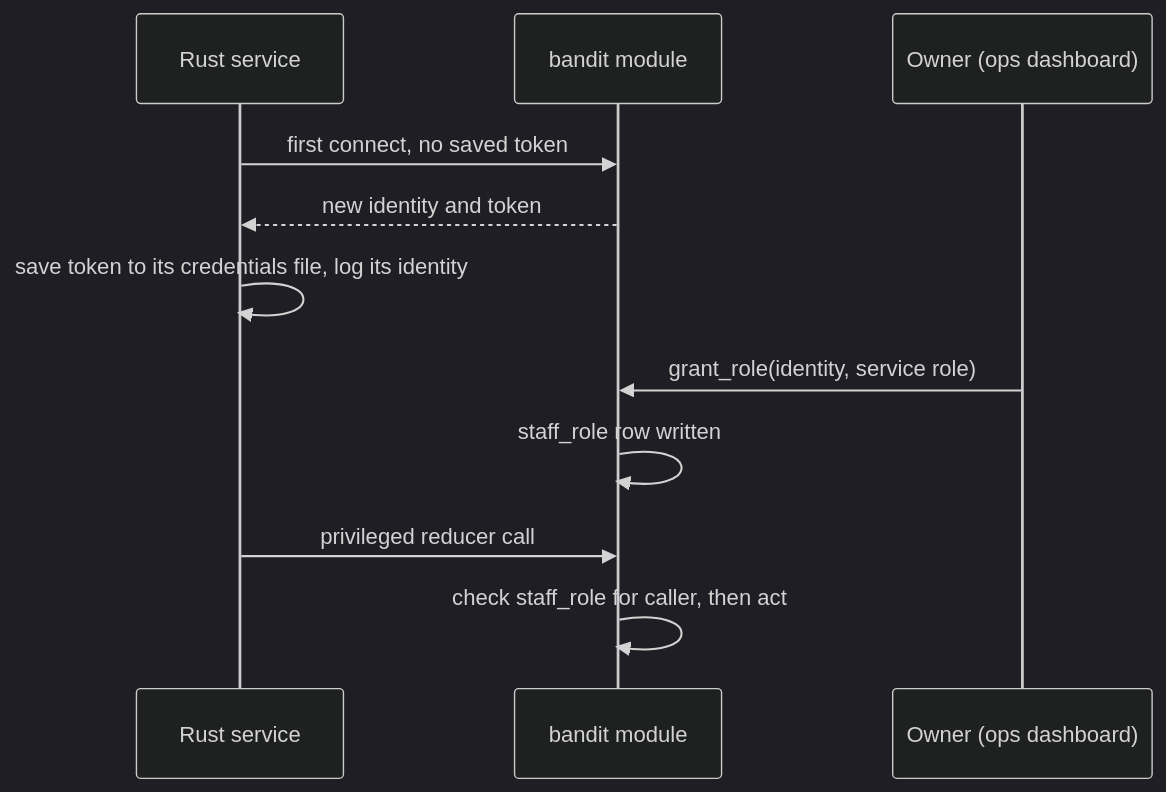
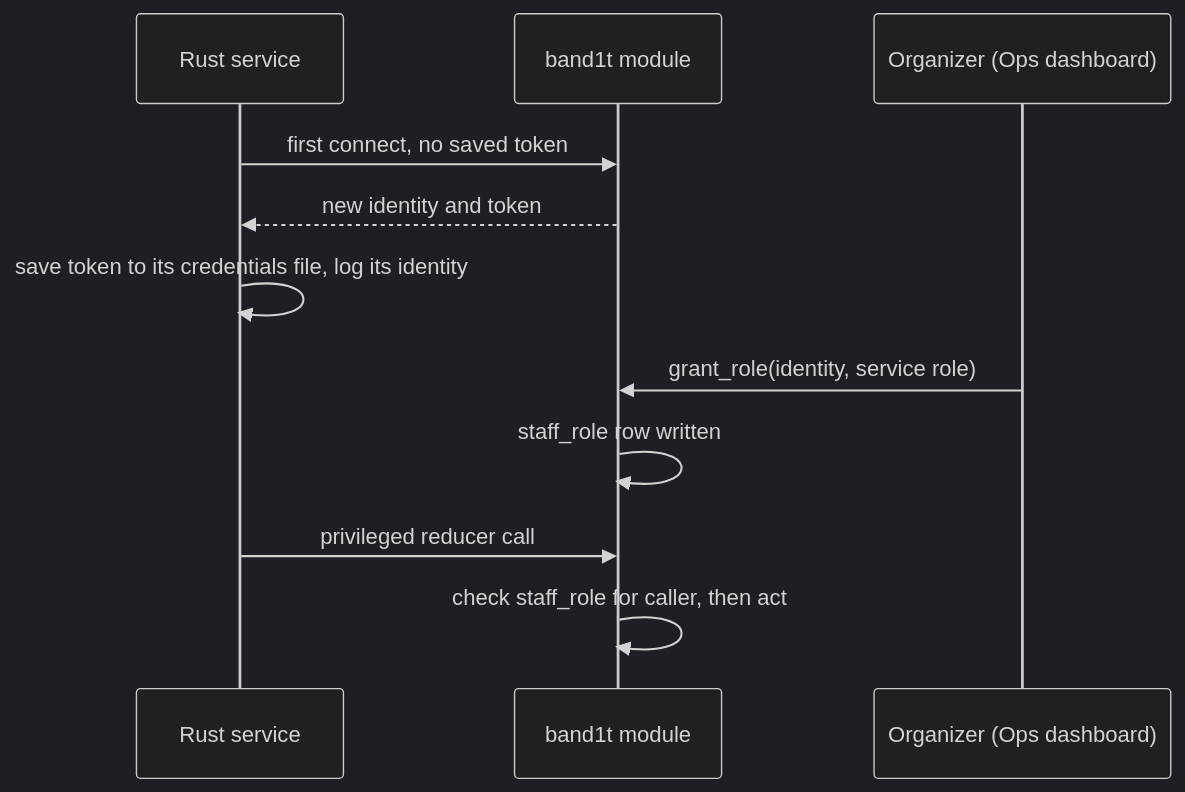
Before and after one commit to viktorinkov/cal-hacks-13: the second of 4 diagrams in System Design/3-services/Rust-Backend.md, drawn with Mermaid (dark theme). The commit also changed other lines of this file and 21 other files, not shown here.

````diff
--- a/System Design/3-services/Rust-Backend.md
+++ b/System Design/3-services/Rust-Backend.md
@@ -109,13 +106,13 @@
 ```mermaid
 sequenceDiagram
   participant P as Rust service
-  participant M as bandit module
-  participant O as Owner (ops dashboard)
+  participant M as band1t module
+  participant O as Organizer (Ops dashboard)
   P->>M: first connect, no saved token
   M-->>P: new identity and token
   P->>P: save token to its credentials file, log its identity
   O->>M: grant_role(identity, service role)
   M->>M: staff_role row written
   P->>M: privileged reducer call
   M->>M: check staff_role for caller, then act
 ```
````
